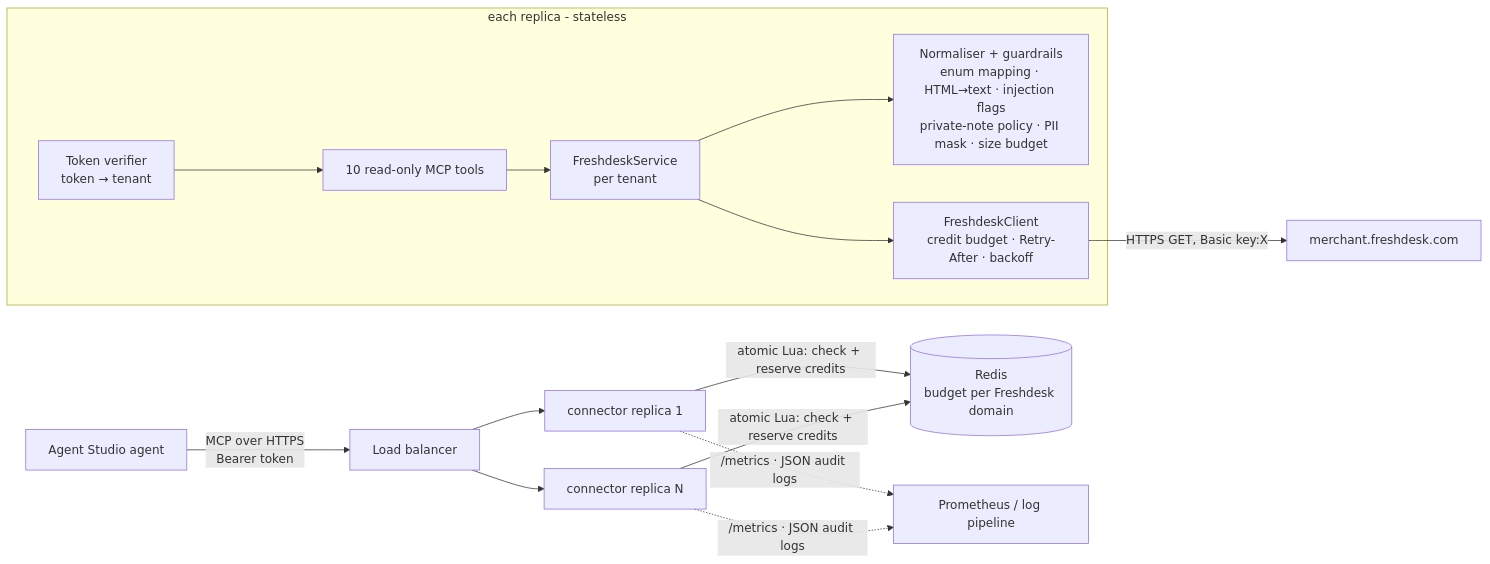
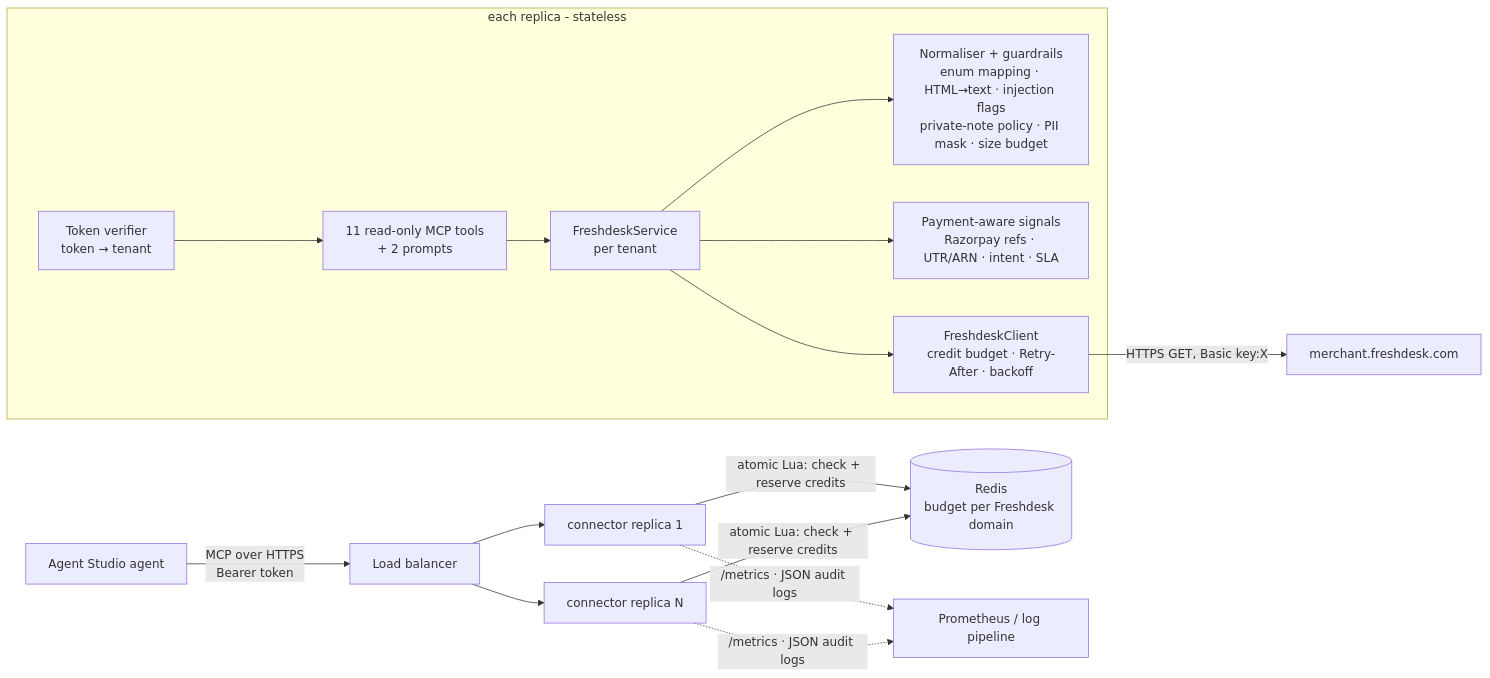
One commit to Rahulx911/freshdesk-connector changed the diagram in docs/ARCHITECTURE.md. Above: the diagram before and after it, drawn with Mermaid. The commit also changed other lines of this file and 6 other files, not shown here.

Commit message:
Docs: payment-aware signals, second audit, hot reload ops [skip ci]

````diff
--- a/docs/ARCHITECTURE.md
+++ b/docs/ARCHITECTURE.md
@@ -5,15 +5,16 @@
 ```mermaid
 flowchart LR
     A[Agent Studio agent] -- "MCP over HTTPS<br/>Bearer token" --> LB[Load balancer]
     LB --> R1[connector replica 1]
     LB --> R2[connector replica N]
     subgraph replica [each replica - stateless]
-      AUTH[Token verifier<br/>token → tenant] --> TOOLS[10 read-only MCP tools]
+      AUTH[Token verifier<br/>token → tenant] --> TOOLS[11 read-only MCP tools<br/>+ 2 prompts]
       TOOLS --> SVC[FreshdeskService<br/>per tenant]
       SVC --> GR[Normaliser + guardrails<br/>enum mapping · HTML→text · injection flags<br/>private-note policy · PII mask · size budget]
+      SVC --> SIG[Payment-aware signals<br/>Razorpay refs · UTR/ARN · intent · SLA]
       SVC --> CL[FreshdeskClient<br/>credit budget · Retry-After · backoff]
     end
     R1 & R2 -- "atomic Lua: check + reserve credits" --> REDIS[(Redis<br/>budget per Freshdesk domain)]
     CL -- "HTTPS GET, Basic key:X" --> FD[merchant.freshdesk.com]
     R1 & R2 -. "/metrics · JSON audit logs" .-> OBS[Prometheus / log pipeline]
 ```
````
